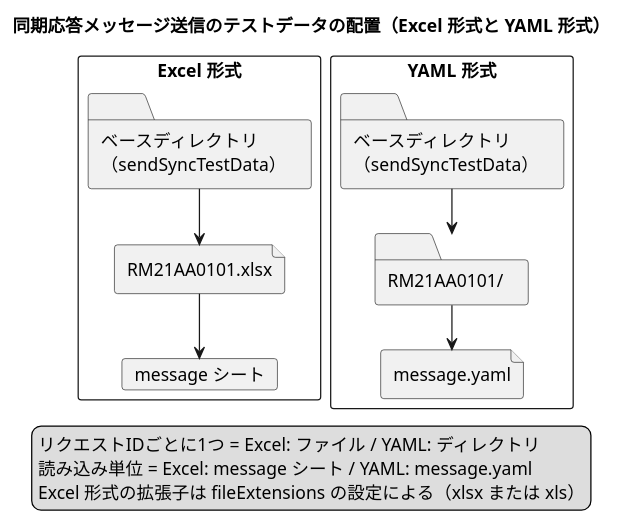
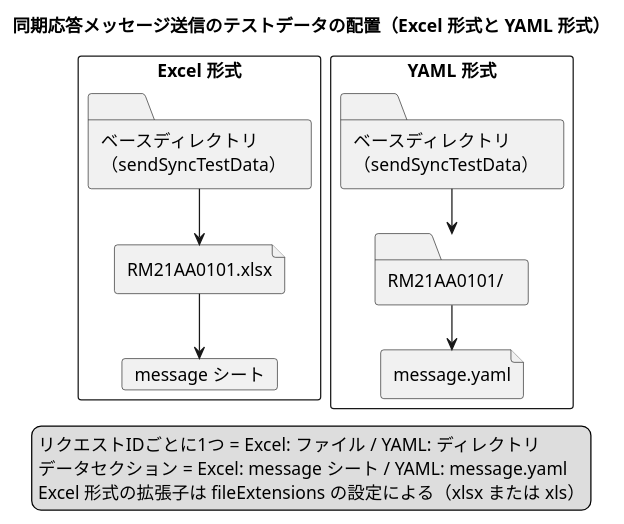
The diagram in ja/development_tools/testing_framework/setup/images/http_messaging/send_sync_testdata_layout.puml (nablarch/nablarch-document), drawn with PlantUML before and after one commit. The commit also changed 19 other files, not shown here.

Commit message:
用語: 読み込み単位→データセクション、テストクラスに対応するファイル／ディレクトリ→データコンテナ。〈テストデータの書き方〉冒頭で3階層を定義し、各所の形式別の括弧書きを削除

```diff
--- a/ja/development_tools/testing_framework/setup/images/http_messaging/send_sync_testdata_layout.puml
+++ b/ja/development_tools/testing_framework/setup/images/http_messaging/send_sync_testdata_layout.puml
@@ -1,25 +1,25 @@
 @startuml
 !pragma layout smetana
 skinparam shadowing false
 skinparam defaultFontName "Noto Sans JP"
 title 同期応答メッセージ送信のテストデータの配置（Excel 形式と YAML 形式）
 rectangle "Excel 形式" as E {
   folder "ベースディレクトリ\n（sendSyncTestData）" as EB
   file "RM21AA0101.xlsx" as EF
   card "message シート" as ES
   EB --> EF
   EF --> ES
 }
 rectangle "YAML 形式" as Y {
   folder "ベースディレクトリ\n（sendSyncTestData）" as YB
   folder "RM21AA0101/" as YD
   file "message.yaml" as YF
   YB --> YD
   YD --> YF
 }
 legend right
   リクエストIDごとに1つ = Excel: ファイル / YAML: ディレクトリ
-  読み込み単位 = Excel: message シート / YAML: message.yaml
+  データセクション = Excel: message シート / YAML: message.yaml
   Excel 形式の拡張子は fileExtensions の設定による（xlsx または xls）
 endlegend
 @enduml
```
